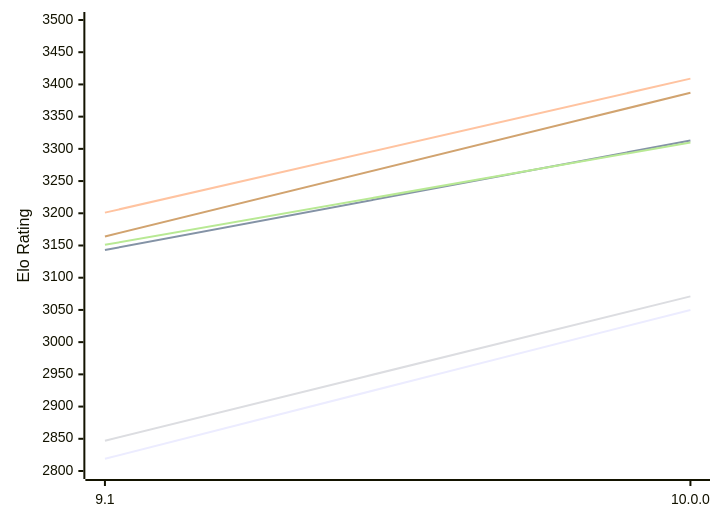
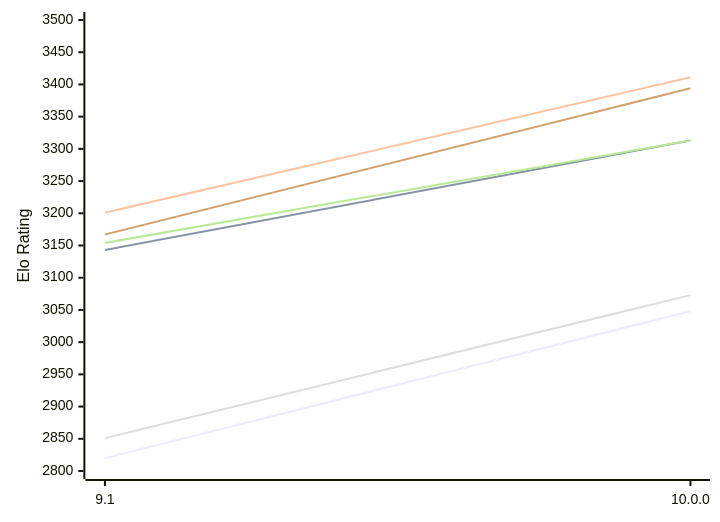
One commit to computer-chess-index/cci changed the first of 2 diagrams in engines/Pea.md. Above: the diagram before and after it, drawn with Mermaid. The commit also changed other lines of this file, not shown here.

Commit message:
Update CCI Ratings (ELO VLTC) - 2026-11-24

````diff
--- a/engines/Pea.md
+++ b/engines/Pea.md
@@ -58,12 +58,12 @@
 ```mermaid
 %%{init: {"theme":"base","themeVariables":{"seriesColors:['#a3a3a3','#222221','#faa371']}}}%%
 xychart-beta
   x-axis ["9.1", "10.0.0"]
   y-axis "Elo Rating" 2800 --> 3500
-  line "E1: STC (8.0+0.08s)" [2819, 3050]
+  line "E1: STC (8.0+0.08s)" [2820, 3048]
   line "E1: LTC (60.0+0.60s)" [3143, 3313]
-  line "E1: VLTC (2m24s+1.12s)" [3201, 3409]
-  line "P1: STC (8.0+0.08s)" [2847, 3071]
-  line "P1: LTC (60.0+0.60s)" [3151, 3310]
-  line "P1: VLTC (2m24s+1.12s)" [3164, 3387]
+  line "E1: VLTC (2m24s+1.12s)" [3201, 3411]
+  line "P1: STC (8.0+0.08s)" [2851, 3073]
+  line "P1: LTC (60.0+0.60s)" [3154, 3313]
+  line "P1: VLTC (2m24s+1.12s)" [3167, 3394]
 ```
````
